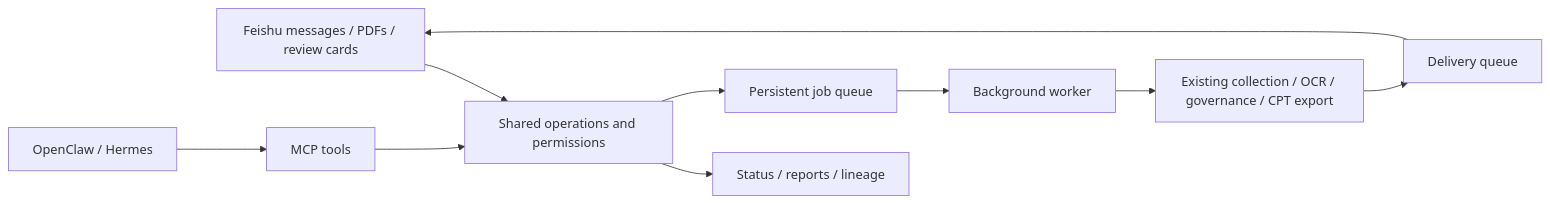
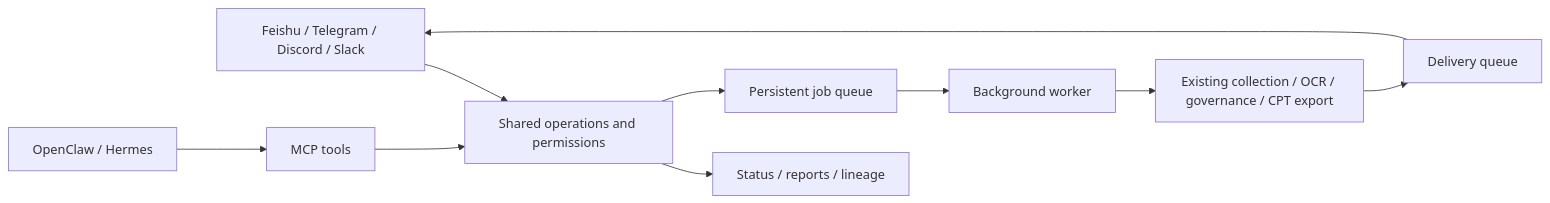
One commit to Chal1ce/FinFlow changed the diagram in docs/en/app-integrations.md. Above: the diagram before and after it, drawn with Mermaid. The commit also changed other lines of this file and 27 other files, not shown here.

Commit message:
feat: add Telegram Discord and Slack channels with bilingual guides

````diff
--- a/docs/en/app-integrations.md
+++ b/docs/en/app-integrations.md
@@ -17,12 +26,12 @@
 ```mermaid
 flowchart LR
-    feishu[Feishu messages / PDFs / review cards] --> service[Shared operations and permissions]
+    feishu[Feishu / Telegram / Discord / Slack] --> service[Shared operations and permissions]
     assistant[OpenClaw / Hermes] --> mcp[MCP tools]
     mcp --> service
     service --> read[Status / reports / lineage]
     service --> jobs[Persistent job queue]
     jobs --> worker[Background worker]
     worker --> pipeline[Existing collection / OCR / governance / CPT export]
     pipeline --> outbox[Delivery queue]
     outbox --> feishu
 ```
````
